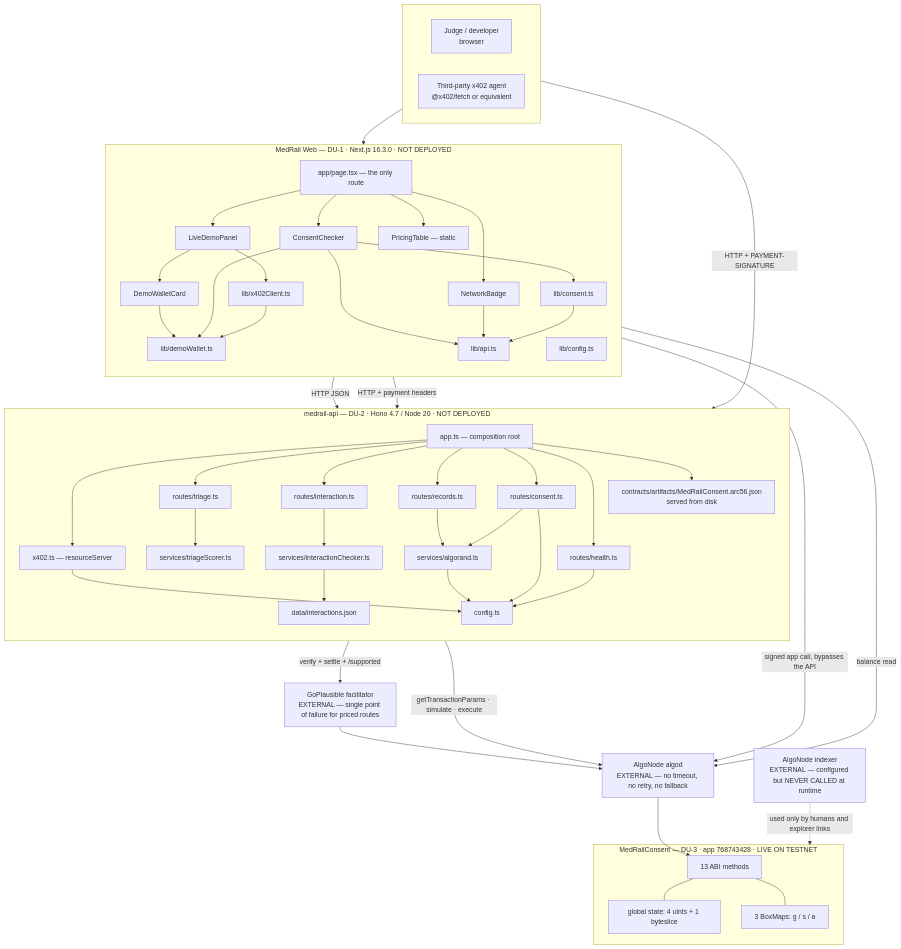
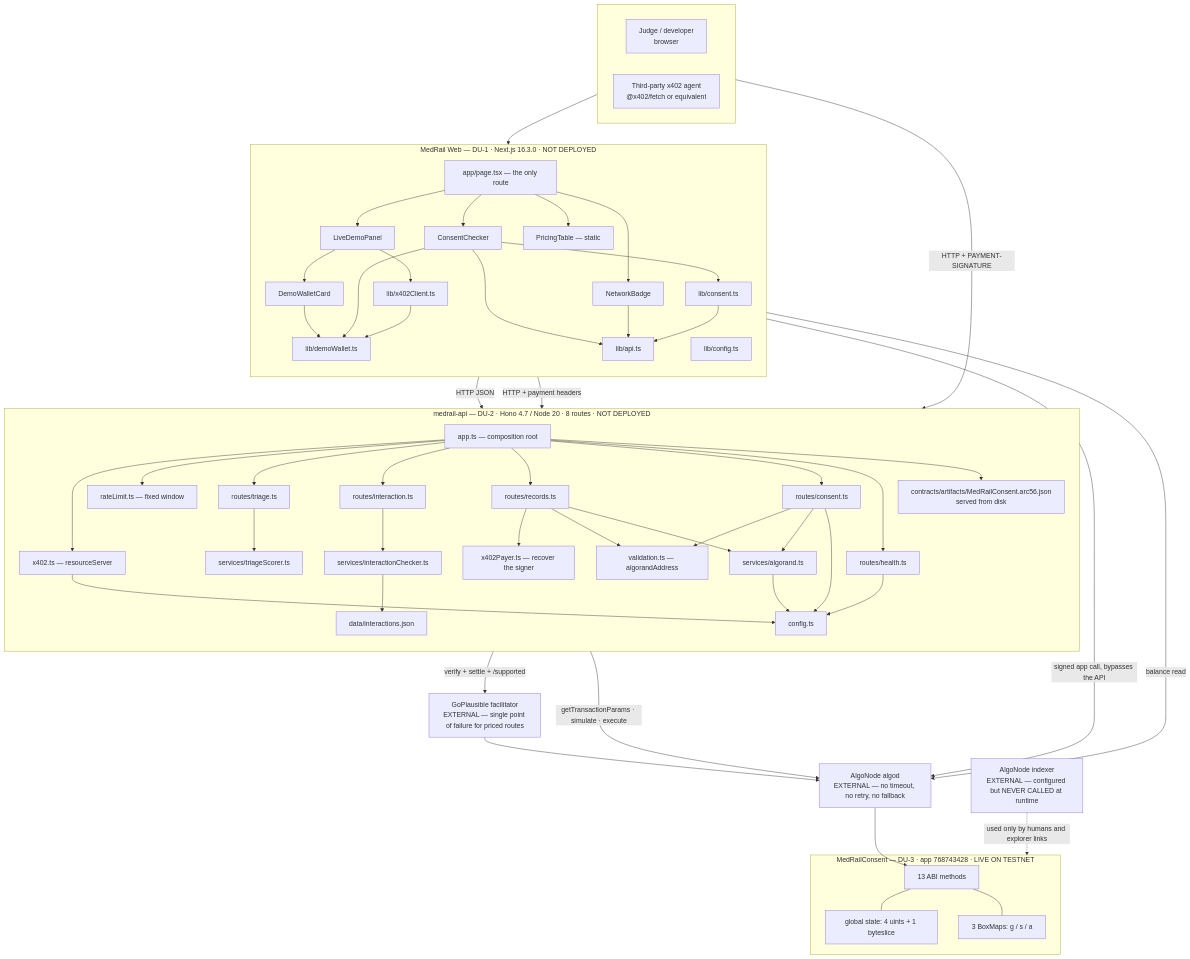
The first of 4 diagrams in docs/03_Architecture/Component_Diagram.md (Hydra-Of-Malice/Medrail), drawn with Mermaid before and after one commit. The commit also changed other lines of this file and 77 other files, not shown here.

```diff
--- a/docs/03_Architecture/Component_Diagram.md
+++ b/docs/03_Architecture/Component_Diagram.md
@@ -41,10 +33,13 @@
         LCF["lib/config.ts"]
     end
 
-    subgraph API["medrail-api — DU-2 · Hono 4.7 / Node 20 · NOT DEPLOYED"]
+    subgraph API["medrail-api — DU-2 · Hono 4.7 / Node 20 · 8 routes · NOT DEPLOYED"]
         direction TB
         APP["app.ts — composition root"]
         X4["x402.ts — resourceServer"]
+        XPY["x402Payer.ts — recover the signer"]
+        RLM["rateLimit.ts — fixed window"]
+        VAL["validation.ts — algorandAddress"]
         CFG["config.ts"]
         RTR["routes/triage.ts"]
         RIN["routes/interaction.ts"]
@@ -83,14 +78,14 @@
     LC -->|"signed app call, bypasses the API"| ALG
     DWC -->|"balance read"| ALG
 
-    APP --> X4 & RTR & RIN & RRC & RCO & RHE & ARC
+    APP --> X4 & RLM & RTR & RIN & RRC & RCO & RHE & ARC
     X4 --> CFG
     X4 -->|"verify + settle + /supported"| FAC
     RTR --> STS
     RIN --> SIC
     SIC --> DAT
-    RRC --> SAL
-    RCO --> SAL & CFG
+    RRC --> XPY & VAL & SAL
+    RCO --> VAL & SAL & CFG
     RHE --> CFG
     SAL --> CFG
     SAL -->|"getTransactionParams · simulate · execute"| ALG
```
